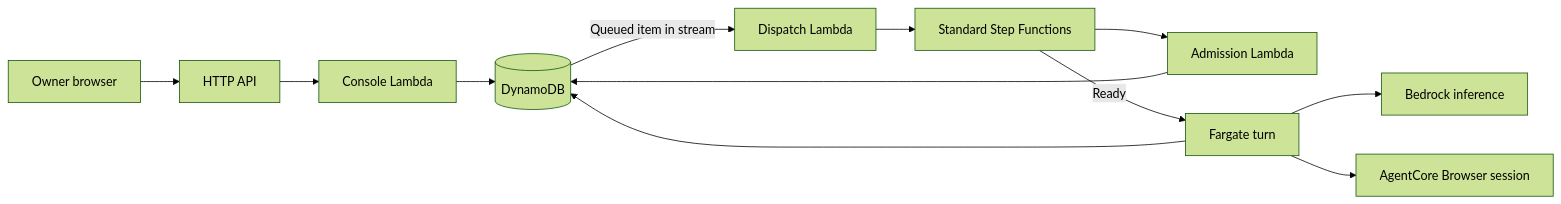
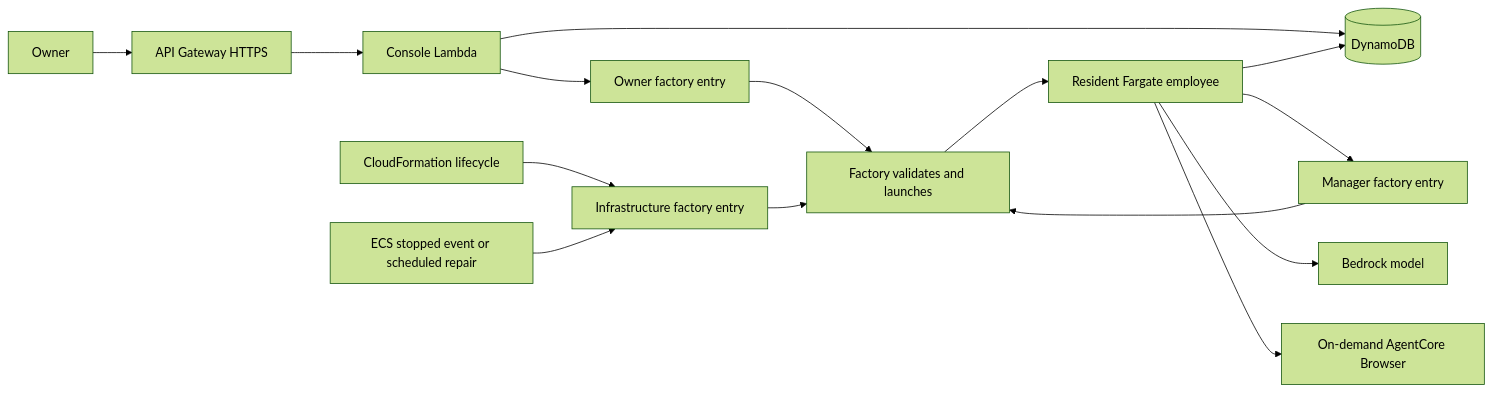
Before and after one commit to The-CarL/perottino-co-platform: the diagram in infra/HOSTED.md, drawn with Mermaid (forest theme). The commit also changed other lines of this file and 46 other files, not shown here.

Commit message:
Run each employee as a resident standalone Fargate task

````diff
--- a/infra/HOSTED.md
+++ b/infra/HOSTED.md
@@ -5,9 +5,16 @@
 ```mermaid
 flowchart LR
-  U[Owner browser] --> G[HTTP API] --> A[Console Lambda] --> D[(DynamoDB)]
-  D -->|Queued item in stream| L[Dispatch Lambda] --> S[Standard Step Functions]
-  S --> I[Admission Lambda] --> D
-  S -->|Ready| F[Fargate turn] --> D
-  F --> B[Bedrock inference]
-  F --> R[AgentCore Browser session]
+  Human[Owner] --> HTTPS[API Gateway HTTPS] --> Web[Console Lambda]
+  Web --> DB[(DynamoDB)]
+  Web --> Owner[Owner factory entry]
+  Employee[Resident Fargate employee] --> DB
+  Employee --> Manager[Manager factory entry]
+  Manager --> Launch[Factory validates and launches]
+  Owner --> Launch
+  Bootstrap[CloudFormation lifecycle] --> Repair[Infrastructure factory entry]
+  Events[ECS stopped event or scheduled repair] --> Repair
+  Repair --> Launch
+  Launch --> Employee
+  Employee --> Model[Bedrock model]
+  Employee --> Browser[On-demand AgentCore Browser]
 ```
````
